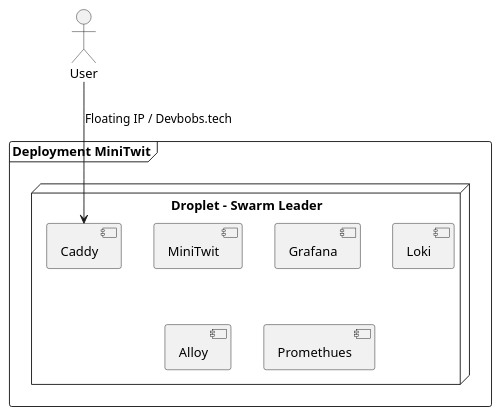
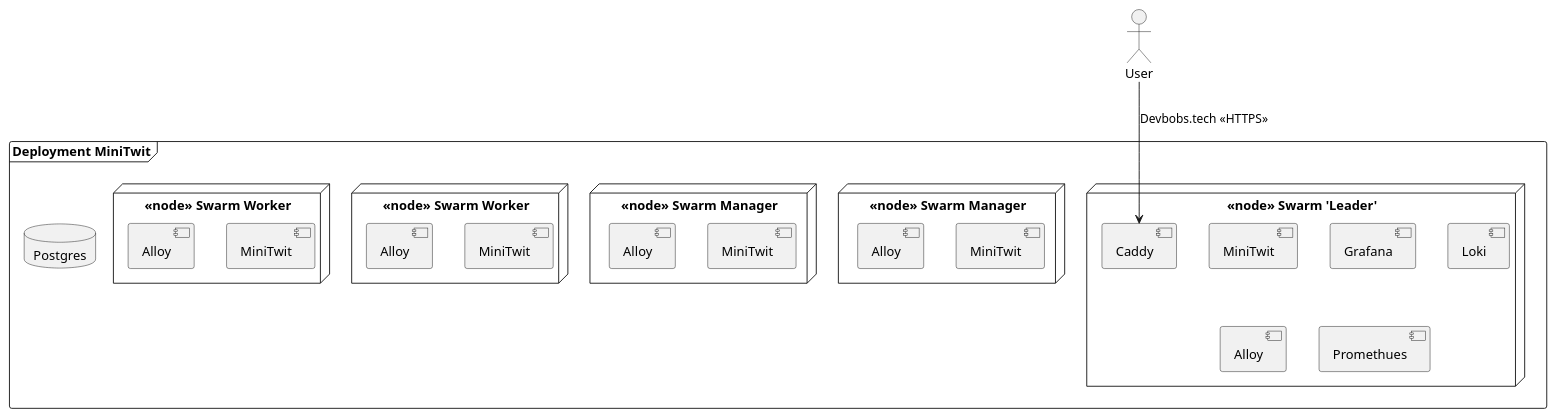
The diagram in report/images/deployment_diagram.puml (DevBobs-devops/Devbobs_MiniTwit), drawn with PlantUML before and after one commit.

Commit message:
report: added all nodes and database for Deployment diagram

```diff
--- a/report/images/deployment_diagram.puml
+++ b/report/images/deployment_diagram.puml
@@ -1,21 +1,45 @@
 @startuml 
 
 actor User
 
 
 
 frame "Deployment MiniTwit" {
-    node "Droplet - Swarm Leader" {
-    component MiniTwit
+    node "<<node>> Swarm 'Leader'" {
+    component MiniTwit as minitwit_leader
     component Caddy
     component Grafana
     component Loki
-    component Alloy
+    component Alloy as alloy_leader
     component Promethues
+    }
+
+    node "<<node>> Swarm Manager" as manager1 {
+    component MiniTwit as minitwit_manager1
+    component Alloy as alloy_manager1
+    }
+
+    node "<<node>> Swarm Manager" as manager2 {
+    component MiniTwit as minitwit_manager2
+    component Alloy as alloy_manager2
+    }
+
+    node "<<node>> Swarm Worker" as worker1 {
+    component MiniTwit as minitwit_worker1
+    component Alloy as alloy_worker1
+    }
+
+    node "<<node>> Swarm Worker" as worker2 {
+    component MiniTwit as minitwit_worker2
+    component Alloy as alloy_worker2
+    }
+
+    database Postgres {
+
     }
 }
 
-
-User --> Caddy : Floating IP / Devbobs.tech 
+'We need to dobble checj how Caddy intercepts the request'
+User --> Caddy : Devbobs.tech <<HTTPS>> 
 
 @enduml
```
